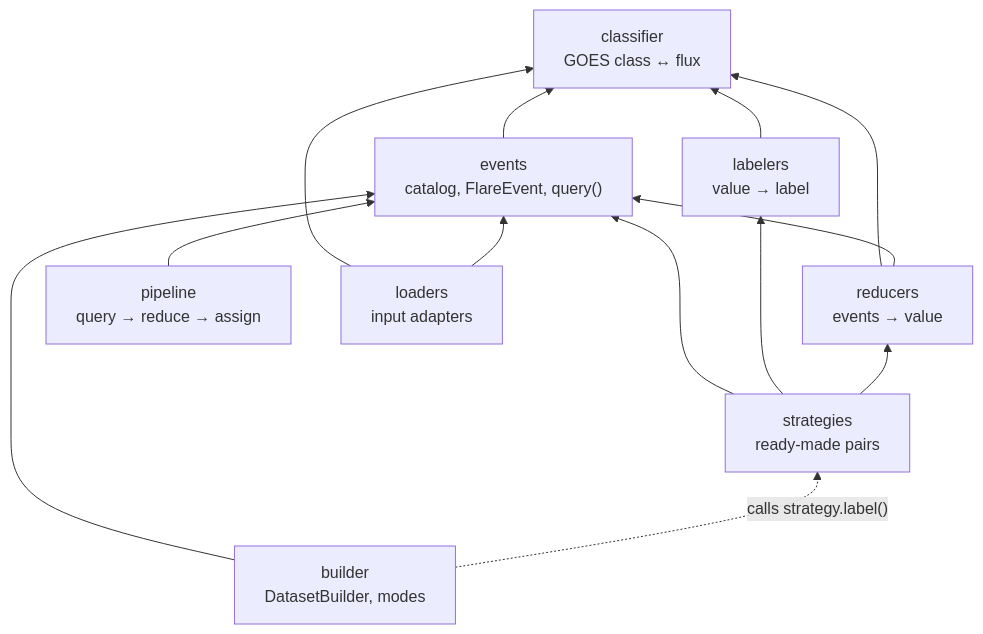
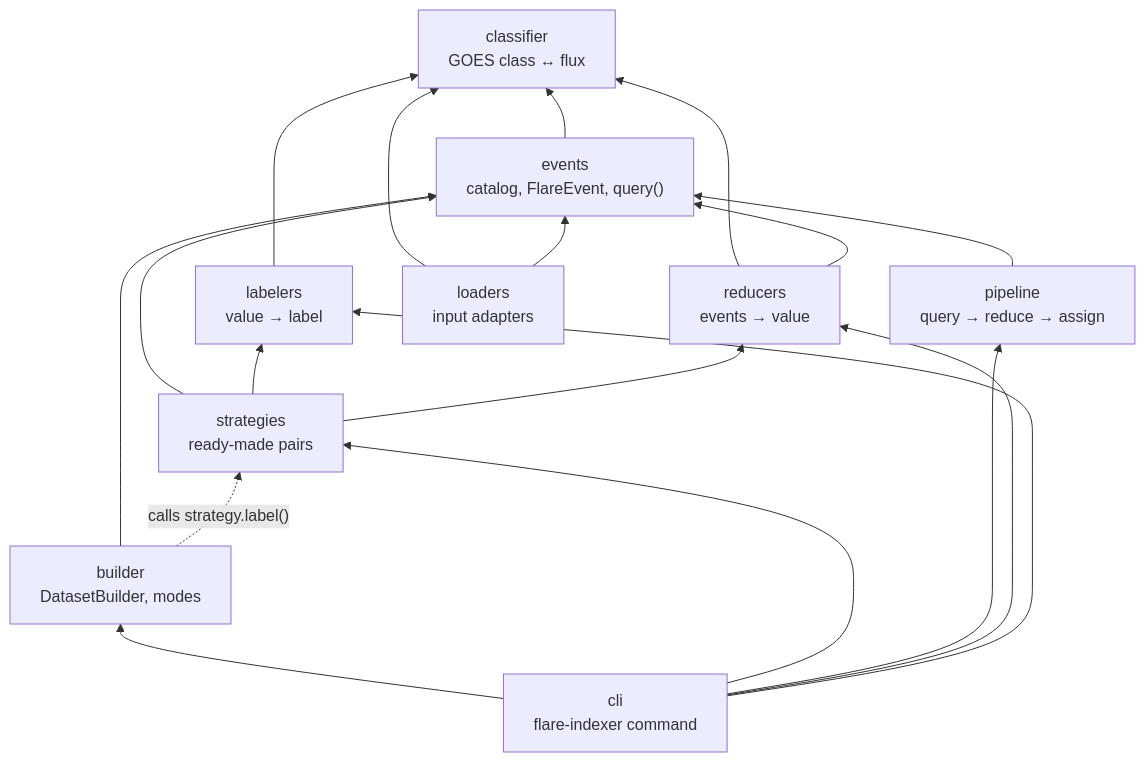
Before and after one commit to assemkdv/solix: the second of 2 diagrams in docs/architecture/system_design.md, drawn with Mermaid. The commit also changed other lines of this file and 7 other files, not shown here.

````diff
--- a/docs/architecture/system_design.md
+++ b/docs/architecture/system_design.md
@@ -49,23 +49,29 @@
 ```mermaid
 flowchart BT
     classifier["classifier<br/>GOES class ↔ flux"]
     events["events<br/>catalog, FlareEvent, query()"]
     labelers["labelers<br/>value → label"]
     reducers["reducers<br/>events → value"]
     strategies["strategies<br/>ready-made pairs"]
     pipeline["pipeline<br/>query → reduce → assign"]
     builder["builder<br/>DatasetBuilder, modes"]
     loaders["loaders<br/>input adapters"]
     events --> classifier
     labelers --> classifier
     reducers --> classifier
     reducers --> events
     strategies --> events
     strategies --> labelers
     strategies --> reducers
     pipeline --> events
     builder --> events
     loaders --> classifier
     loaders --> events
     builder -. "calls strategy.label()" .-> strategies
+    cli["cli<br/>flare-indexer command"]
+    cli --> builder
+    cli --> strategies
+    cli --> pipeline
+    cli --> reducers
+    cli --> labelers
 ```
````
